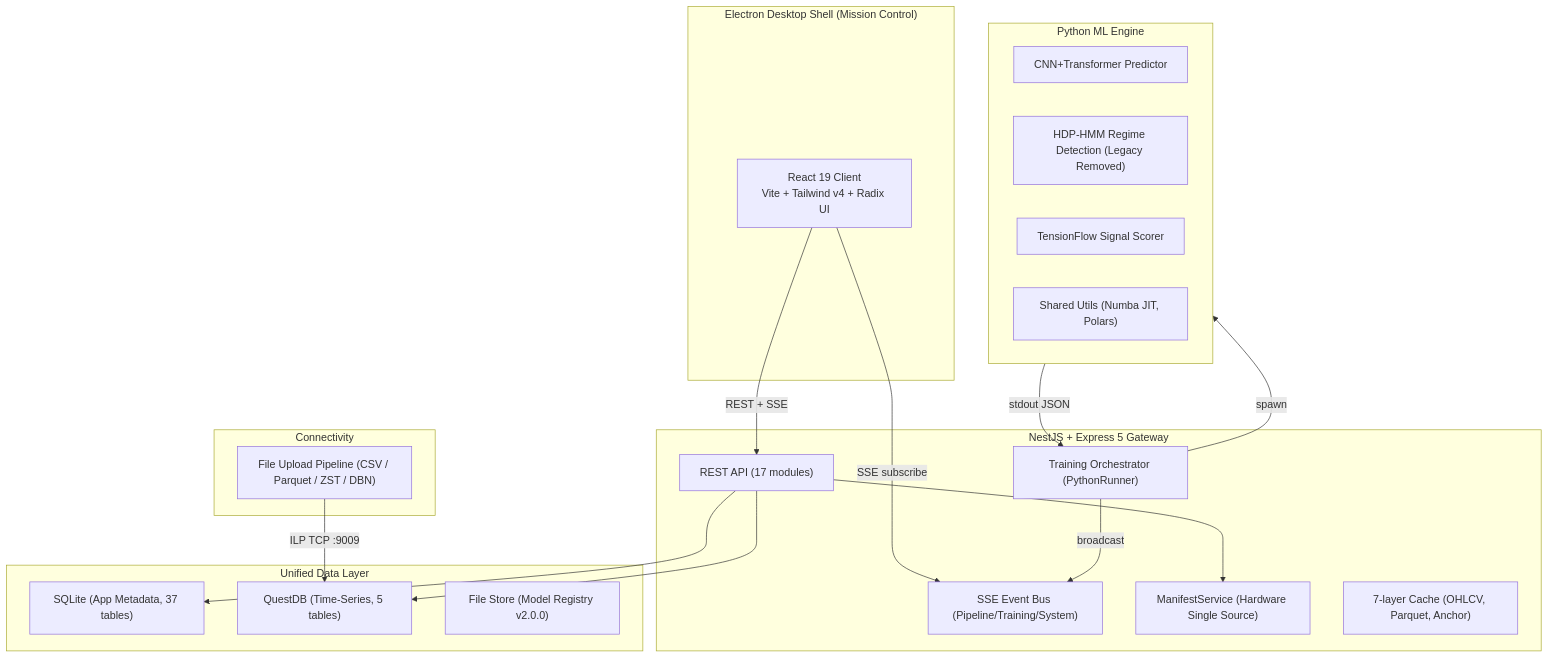
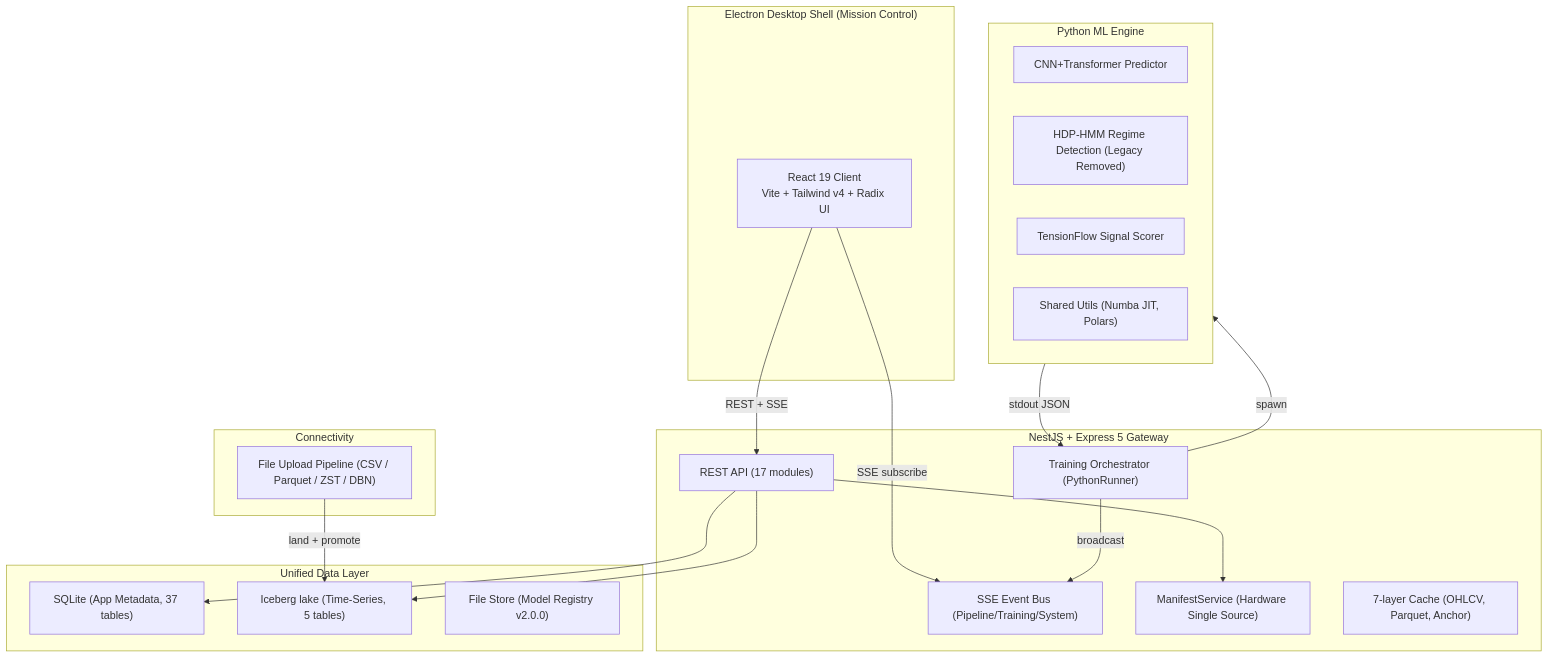
One commit to Outtsett/ml_dashboard changed the diagram in README.md. Above: the diagram before and after it, drawn with Mermaid. The commit also changed other lines of this file and 76 other files, not shown here.

First line of the commit message:
fix(market): land staged lake migration, deterministic front-month leader, futures anatomy, backtest trade persistence

````diff
--- a/README.md
+++ b/README.md
@@ -35,41 +35,41 @@
 ```mermaid
 graph TB
     subgraph Desktop["Electron Desktop Shell (Mission Control)"]
         Client["React 19 Client<br/>Vite + Tailwind v4 + Radix UI"]
     end
 
     subgraph Server["NestJS + Express 5 Gateway"]
         API["REST API (17 modules)"]
         SSE["SSE Event Bus (Pipeline/Training/System)"]
         Manifest["ManifestService (Hardware Single Source)"]
         Cache["7-layer Cache (OHLCV, Parquet, Anchor)"]      
         Training["Training Orchestrator (PythonRunner)"]
     end
 
     subgraph ML["Python ML Engine"]
         CNN["CNN+Transformer Predictor"]
         HDP["HDP-HMM Regime Detection (Legacy Removed)"]
         TF["TensionFlow Signal Scorer"]
         Shared["Shared Utils (Numba JIT, Polars)"]
     end
 
     subgraph Data["Unified Data Layer"]
         SQLite["SQLite (App Metadata, 37 tables)"]
-        QuestDB["QuestDB (Time-Series, 5 tables)"]
+        Lake["Iceberg lake (Time-Series, 5 tables)"]
         Files["File Store (Model Registry v2.0.0)"]
     end
 
     subgraph External["Connectivity"]
         Upload["File Upload Pipeline (CSV / Parquet / ZST / DBN)"]
     end
 
     Client -->|REST + SSE| API
     Client -->|SSE subscribe| SSE
     API --> Manifest
     API --> SQLite
-    API --> QuestDB
+    API --> Lake
     Training -->|spawn| ML
     ML -->|stdout JSON| Training
     Training -->|broadcast| SSE
-    Upload -->|ILP TCP :9009| QuestDB
+    Upload -->|land + promote| Lake
 ```
````
